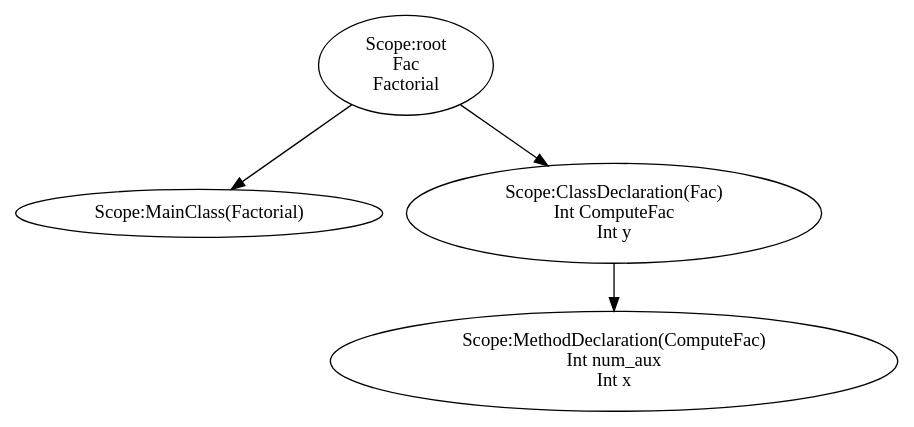
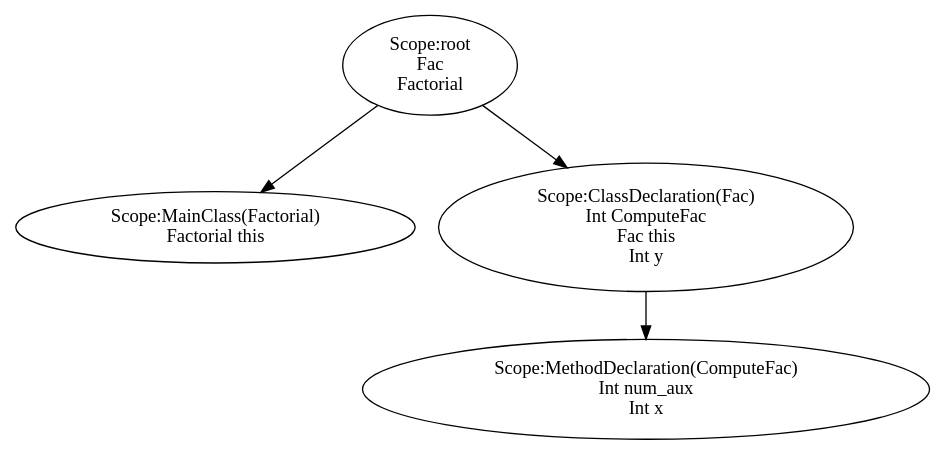
One commit to JakobAdamsson/Compiler-and-translation-technique changed the diagram in assignment2/assignment/st.dot. Above: the diagram before and after it, drawn with Graphviz. The commit also changed 7 other files, not shown here.

```diff
--- a/assignment2/assignment/st.dot
+++ b/assignment2/assignment/st.dot
@@ -1,19 +1,21 @@
 digraph {
 n0 [label="Scope:root
  Fac
  Factorial
 "];
 n1 [label="Scope:MainClass(Factorial)
+Factorial this
 "];
 n0 -> n1
 n2 [label="Scope:ClassDeclaration(Fac)
 Int ComputeFac
+Fac this
 Int y
 "];
 n3 [label="Scope:MethodDeclaration(ComputeFac)
 Int num_aux
 Int x
 "];
 n2 -> n3
 n0 -> n2
 }
```
